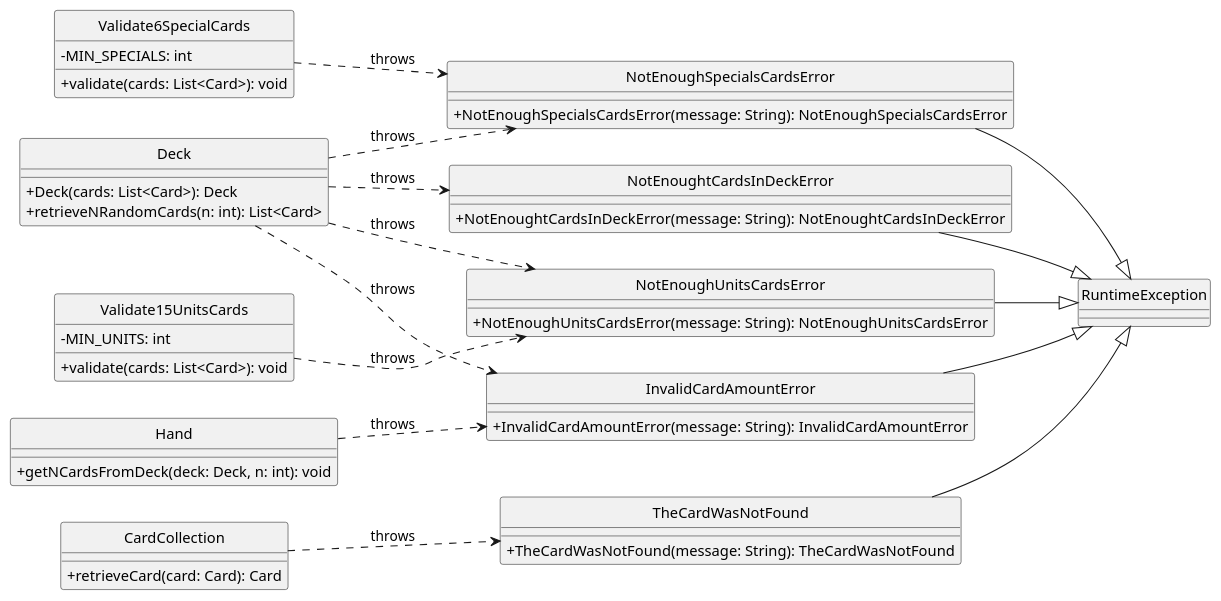
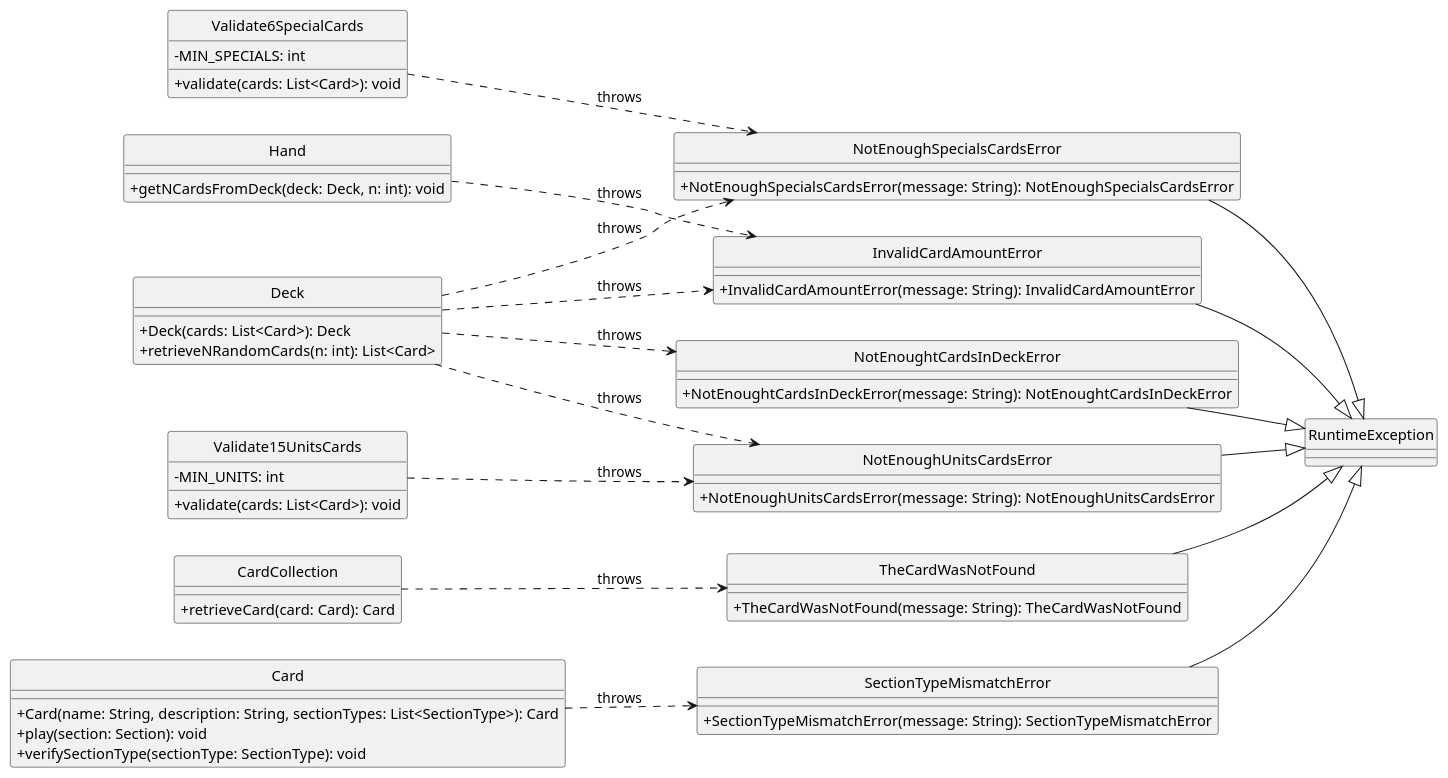
Before and after one commit to Yonhir/algo3_proyecto_base_tp2: the diagram in diagrams/classes/errors.plantuml, drawn with PlantUML. The commit also changed 15 other files, not shown here.

Commit message:
update diagrams

```diff
--- a/diagrams/classes/errors.plantuml
+++ b/diagrams/classes/errors.plantuml
@@ -1,82 +1,95 @@
 @startuml
 
 skinparam monochrome true
 hide circle
 skinparam classAttributeIconSize 0
 
 ' Layout direction
 left to right direction
 
 ' =====================
 ' ERROR CLASSES
 ' =====================
 class NotEnoughSpecialsCardsError {
   +NotEnoughSpecialsCardsError(message: String): NotEnoughSpecialsCardsError
 }
 
 class NotEnoughUnitsCardsError {
   +NotEnoughUnitsCardsError(message: String): NotEnoughUnitsCardsError
 }
 
 class NotEnoughtCardsInDeckError {
   +NotEnoughtCardsInDeckError(message: String): NotEnoughtCardsInDeckError
 }
 
 class InvalidCardAmountError {
   +InvalidCardAmountError(message: String): InvalidCardAmountError
 }
 
 class TheCardWasNotFound {
   +TheCardWasNotFound(message: String): TheCardWasNotFound
 }
 
+class SectionTypeMismatchError {
+  +SectionTypeMismatchError(message: String): SectionTypeMismatchError
+}
+
 ' =====================
 ' CLASSES THAT USE ERRORS
 ' =====================
 class Deck {
   +Deck(cards: List<Card>): Deck
   +retrieveNRandomCards(n: int): List<Card>
 }
 
 class Hand {
   +getNCardsFromDeck(deck: Deck, n: int): void
 }
 
 class CardCollection {
   +retrieveCard(card: Card): Card
 }
 
 class Validate6SpecialCards {
   -MIN_SPECIALS: int
   +validate(cards: List<Card>): void
 }
 
 class Validate15UnitsCards {
   -MIN_UNITS: int
   +validate(cards: List<Card>): void
 }
 
+class Card {
+  +Card(name: String, description: String, sectionTypes: List<SectionType>): Card
+  +play(section: Section): void
+  +verifySectionType(sectionType: SectionType): void
+}
+
 ' =====================
 ' RELATIONSHIPS
 ' =====================
 ' Error usage relationships
 Validate6SpecialCards ..> NotEnoughSpecialsCardsError : throws
 Validate15UnitsCards ..> NotEnoughUnitsCardsError : throws
 
 Deck ..> InvalidCardAmountError : throws
 Deck ..> NotEnoughtCardsInDeckError : throws
 Deck ..> NotEnoughSpecialsCardsError : throws
 Deck ..> NotEnoughUnitsCardsError : throws
 
 Hand ..> InvalidCardAmountError : throws
 
 CardCollection ..> TheCardWasNotFound : throws
 
+Card ..> SectionTypeMismatchError : throws
+
 ' Error inheritance
 InvalidCardAmountError --|> RuntimeException
 NotEnoughSpecialsCardsError --|> RuntimeException
 NotEnoughtCardsInDeckError --|> RuntimeException
 NotEnoughUnitsCardsError --|> RuntimeException
 TheCardWasNotFound --|> RuntimeException
+SectionTypeMismatchError --|> RuntimeException
 
 @enduml 
```
